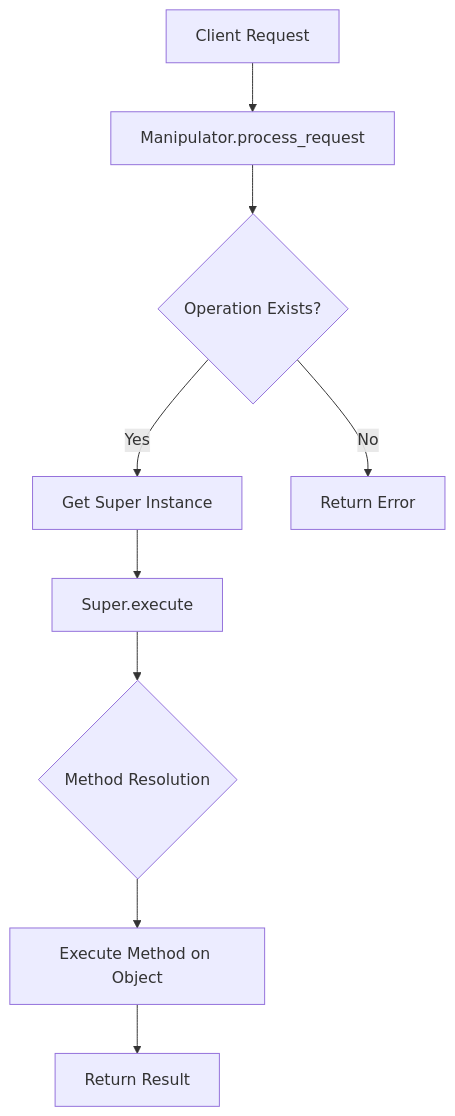
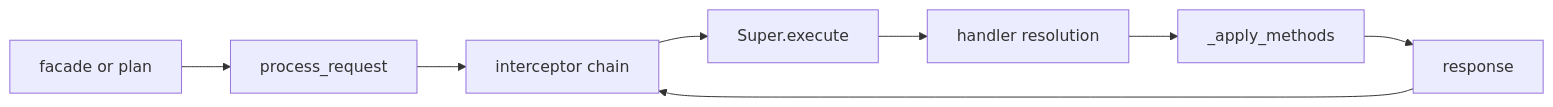
One commit to Torward1024/MSB changed the first of 2 diagrams in docs/architecture.md. Above: the diagram before and after it, drawn with Mermaid. The commit also changed other lines of this file and 5 other files, not shown here.

First line of the commit message:
12.08.2026 -- Rewrite base.md, docs/README.md, architecture.md and the diagrams.

````diff
--- a/docs/architecture.md
+++ b/docs/architecture.md
@@ -127,11 +32,10 @@
 ```mermaid
-flowchart TD
-    A[Client Request] --> B[Manipulator.process_request]
-    B --> C{Operation Exists?}
-    C -->|Yes| D[Get Super Instance]
-    C -->|No| E[Return Error]
-    D --> F[Super.execute]
-    F --> G{Method Resolution}
-    G --> H[Execute Method on Object]
-    H --> I[Return Result]
+flowchart LR
+    A["facade or plan"] --> B["process_request"]
+    B --> C["interceptor chain"]
+    C --> D["Super.execute"]
+    D --> E["handler resolution"]
+    E --> F["_apply_methods"]
+    F --> G["response"]
+    G --> C
 ```
````
